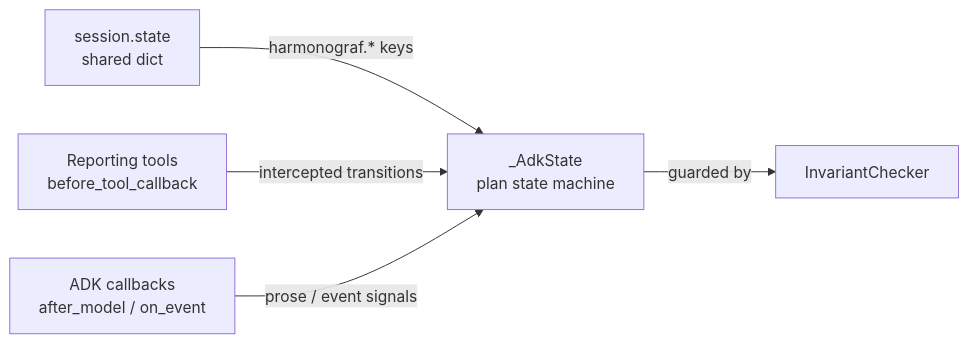
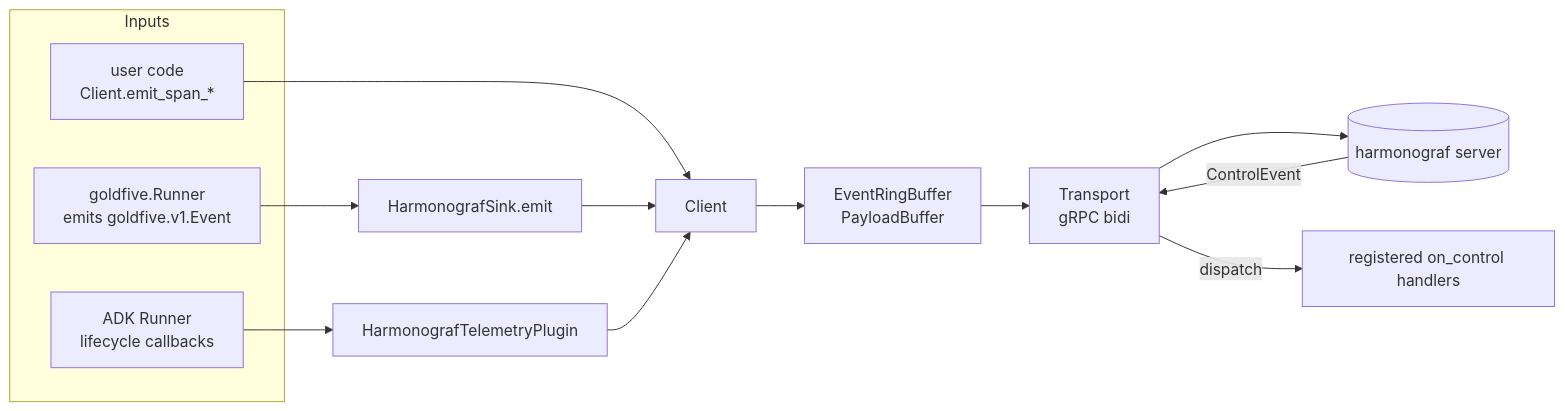
One commit to pedapudi/harmonograf changed the diagram in docs/dev-guide/client-library.md. Above: the diagram before and after it, drawn with Mermaid. The commit also changed other lines of this file and 40 other files, not shown here.

````diff
--- a/docs/dev-guide/client-library.md
+++ b/docs/dev-guide/client-library.md
@@ -151,12 +42,18 @@
 ```mermaid
 flowchart LR
-    s[session.state<br/>shared dict]
-    rt[Reporting tools<br/>before_tool_callback]
-    cb[ADK callbacks<br/>after_model / on_event]
-    state[_AdkState<br/>plan state machine]
-    inv[InvariantChecker]
-    s -- harmonograf.* keys --> state
-    rt -- intercepted transitions --> state
-    cb -- prose / event signals --> state
-    state -- guarded by --> inv
+    subgraph Inputs
+        G[goldfive.Runner<br/>emits goldfive.v1.Event]
+        A[ADK Runner<br/>lifecycle callbacks]
+        U[user code<br/>Client.emit_span_*]
+    end
+    G --> S[HarmonografSink.emit]
+    A --> P[HarmonografTelemetryPlugin]
+    U --> C[Client]
+    S --> C
+    P --> C
+    C --> B[EventRingBuffer<br/>PayloadBuffer]
+    B --> T[Transport<br/>gRPC bidi]
+    T --> Srv[(harmonograf server)]
+    Srv -- ControlEvent --> T
+    T -- dispatch --> H[registered on_control handlers]
 ```
````
